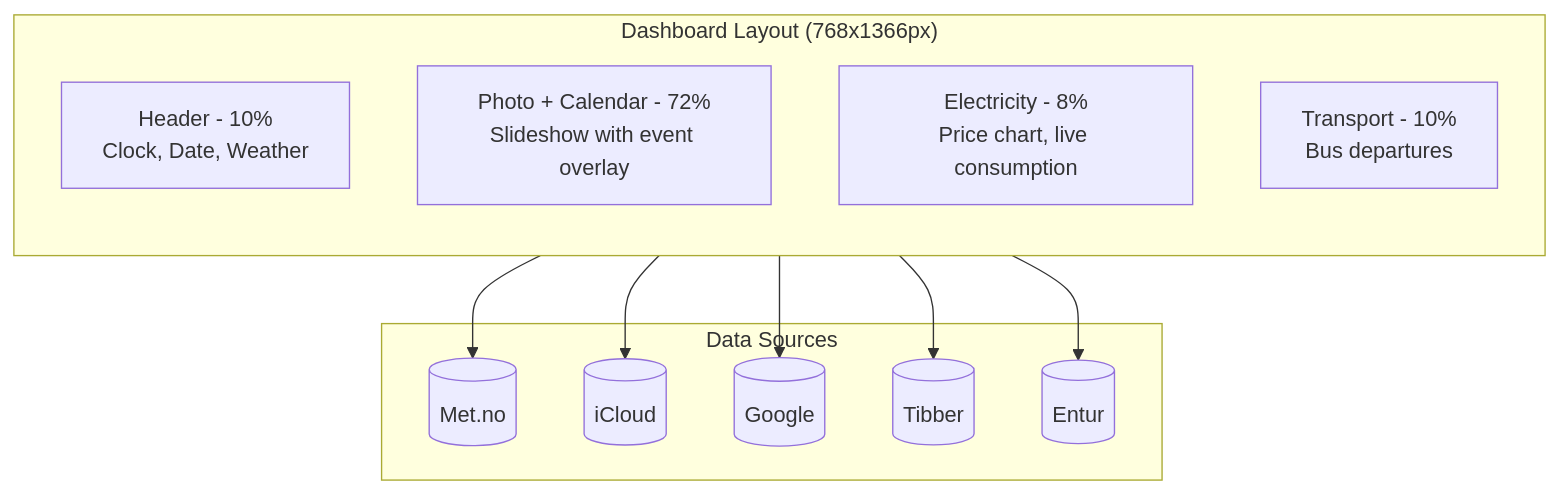
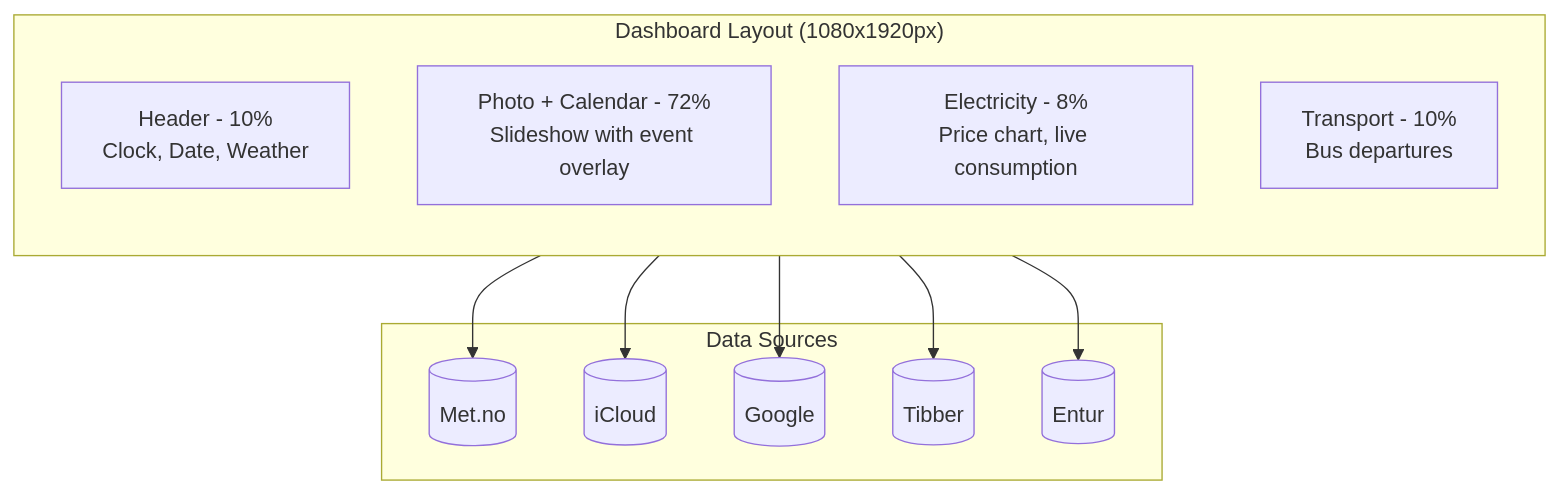
The diagram in docs/architecture/widgets.md (espenr/kiosk-app), drawn with Mermaid before and after one commit. The commit also changed 15 other files, not shown here.

````diff
--- a/docs/architecture/widgets.md
+++ b/docs/architecture/widgets.md
@@ -7,24 +7,24 @@
 ```mermaid
 flowchart TB
-    subgraph "Dashboard Layout (768x1366px)"
+    subgraph "Dashboard Layout (1080x1920px)"
         direction TB
         A["Header - 10%<br/>Clock, Date, Weather"]
         B["Photo + Calendar - 72%<br/>Slideshow with event overlay"]
         C["Electricity - 8%<br/>Price chart, live consumption"]
         D["Transport - 10%<br/>Bus departures"]
     end
 
     subgraph "Data Sources"
         E[(Met.no)]
         F[(iCloud)]
         G[(Google)]
         H[(Tibber)]
         I[(Entur)]
     end
 
     A --> E
     B --> F
     B --> G
     C --> H
     D --> I
 ```
````
